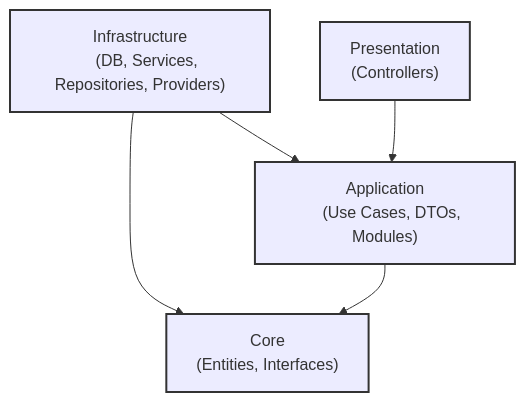
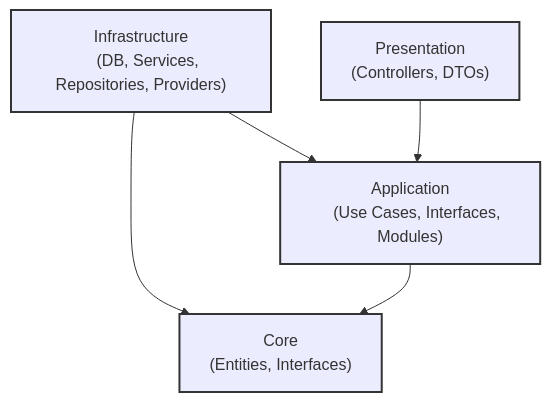
One commit to GenesisEducationKyiv/software-engineering-school-5-0-IYuriev changed the diagram in docs/architecture.md. Above: the diagram before and after it, drawn with Mermaid.

Commit message:
refactor: update architecture diagram to correct module descriptions

````diff
--- a/docs/architecture.md
+++ b/docs/architecture.md
@@ -1,20 +1,20 @@
 ```mermaid
 flowchart TD
     Core["Core
     (Entities, Interfaces)"]
     Application["Application
-    (Use Cases, DTOs, Modules)"]
+    (Use Cases, Interfaces, Modules)"]
     Infrastructure["Infrastructure
     (DB, Services, Repositories, Providers)"]
     Presentation["Presentation
-    (Controllers)"]
+    (Controllers, DTOs)"]
 
     Application --> Core
     Infrastructure --> Core
     Infrastructure --> Application
     Presentation --> Application
 
     classDef layer fill:#f,stroke:#333,stroke-width:2px;
     classDef forbiddenLink stroke:#f66,stroke-width:3px,stroke-dasharray:5 5;
     class Core,Application,Infrastructure,Presentation layer;
 ```
````
